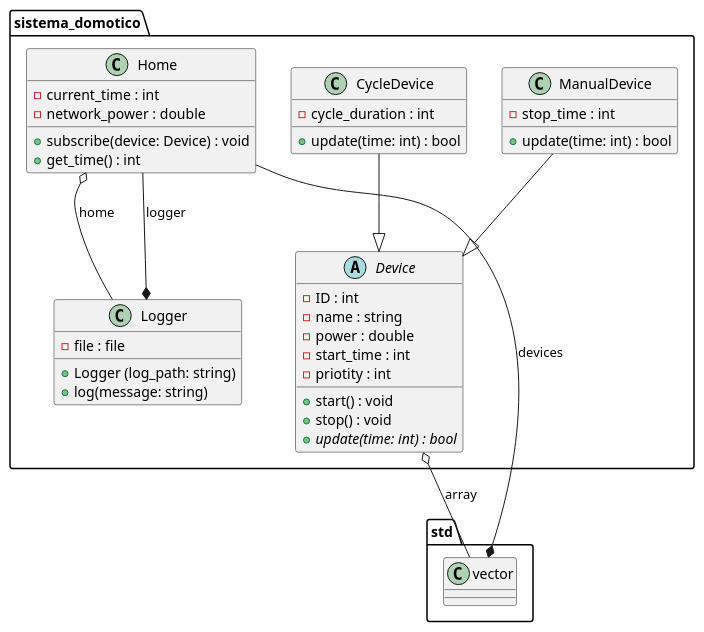
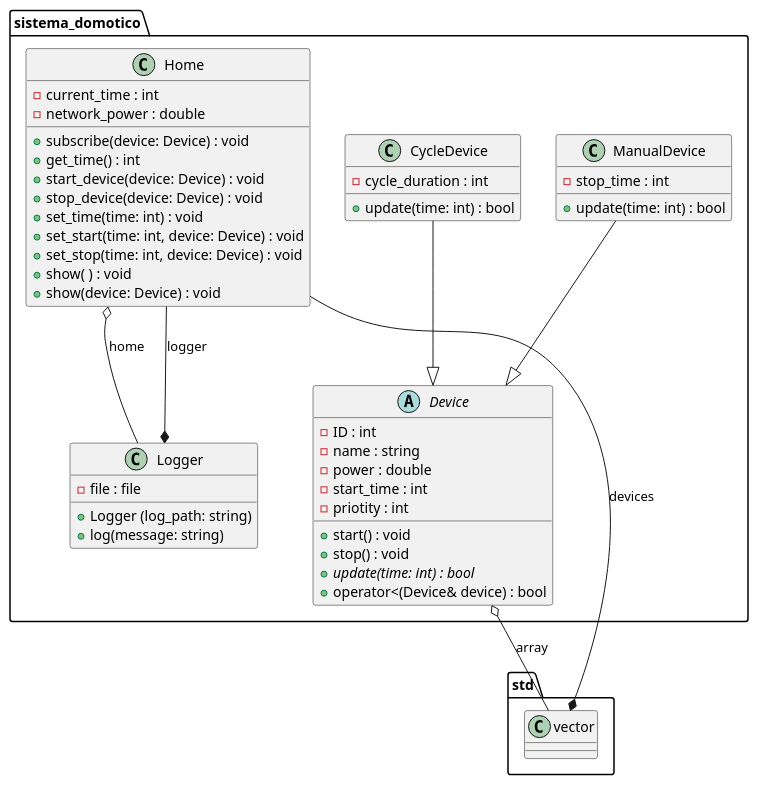
Before and after one commit to DoctorSclero/unipd_lab_sistema_domotico: the diagram in docs/diagram.puml, drawn with PlantUML. The commit also changed 2 other files, not shown here.

```diff
--- a/docs/diagram.puml
+++ b/docs/diagram.puml
@@ -1,50 +1,58 @@
 @startuml sistema_domotico
 
 namespace sistema_domotico {
     abstract class Device {
         - ID : int
         - name : string
         - power : double
         - start_time : int
         - priotity : int
         
         + start() : void
         + stop() : void
         + {abstract} update(time: int) : bool
+        + operator<(Device& device) : bool
     }
 
     class ManualDevice {
         - stop_time : int
         + update(time: int) : bool
     }
 
     class CycleDevice {
         - cycle_duration : int
         + update(time: int) : bool
     }
 
     class Home {
         - current_time : int
         - network_power : double
         + subscribe(device: Device) : void
         + get_time() : int
+        + start_device(device: Device) : void
+        + stop_device(device: Device) : void
+        + set_time(time: int) : void
+        + set_start(time: int, device: Device) : void
+        + set_stop(time: int, device: Device) : void
+        + show( ) : void
+        + show(device: Device) : void
     }
 
     class Logger {
         - file : file
         + Logger (log_path: string)
         + log(message: string)
     }
 }
 
 namespace std {
     class vector {}
 }
 
 Home o-- Logger : home
 Logger *-- Home : logger
 vector *-- Home : devices
 Device o-- vector : array
 ManualDevice --|> Device
 CycleDevice --|> Device
 @enduml
```
